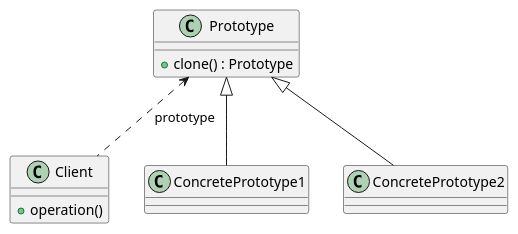
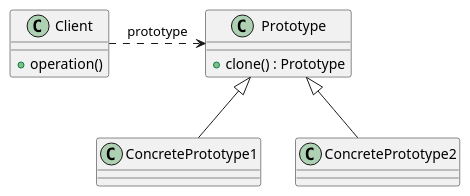
One commit to jandry/design-pattern changed the diagram in src/uml/PrototypeGenerique.puml. Above: the diagram before and after it, drawn with PlantUML. The commit also changed 1 other file, not shown here.

```diff
--- a/src/uml/PrototypeGenerique.puml
+++ b/src/uml/PrototypeGenerique.puml
@@ -1,16 +1,16 @@
-@startuml Todo
+@startuml Prototype
 
 class Prototype {
     + clone() : Prototype
 }
 
 class Client {
     + operation()
 }
 
 
-Prototype <.. Client: prototype
+Client .r.> Prototype : prototype
 Prototype <|-- ConcretePrototype1
 Prototype <|-- ConcretePrototype2
 
 @enduml
```
